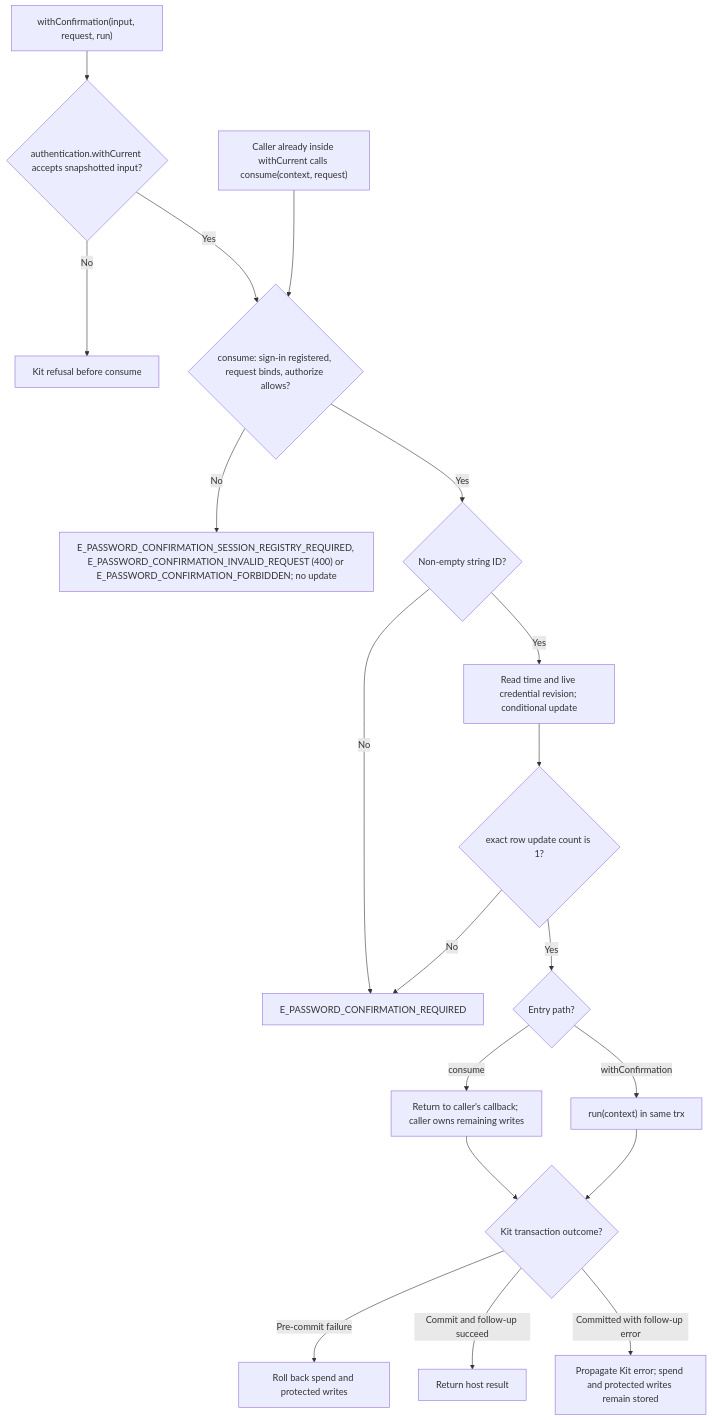
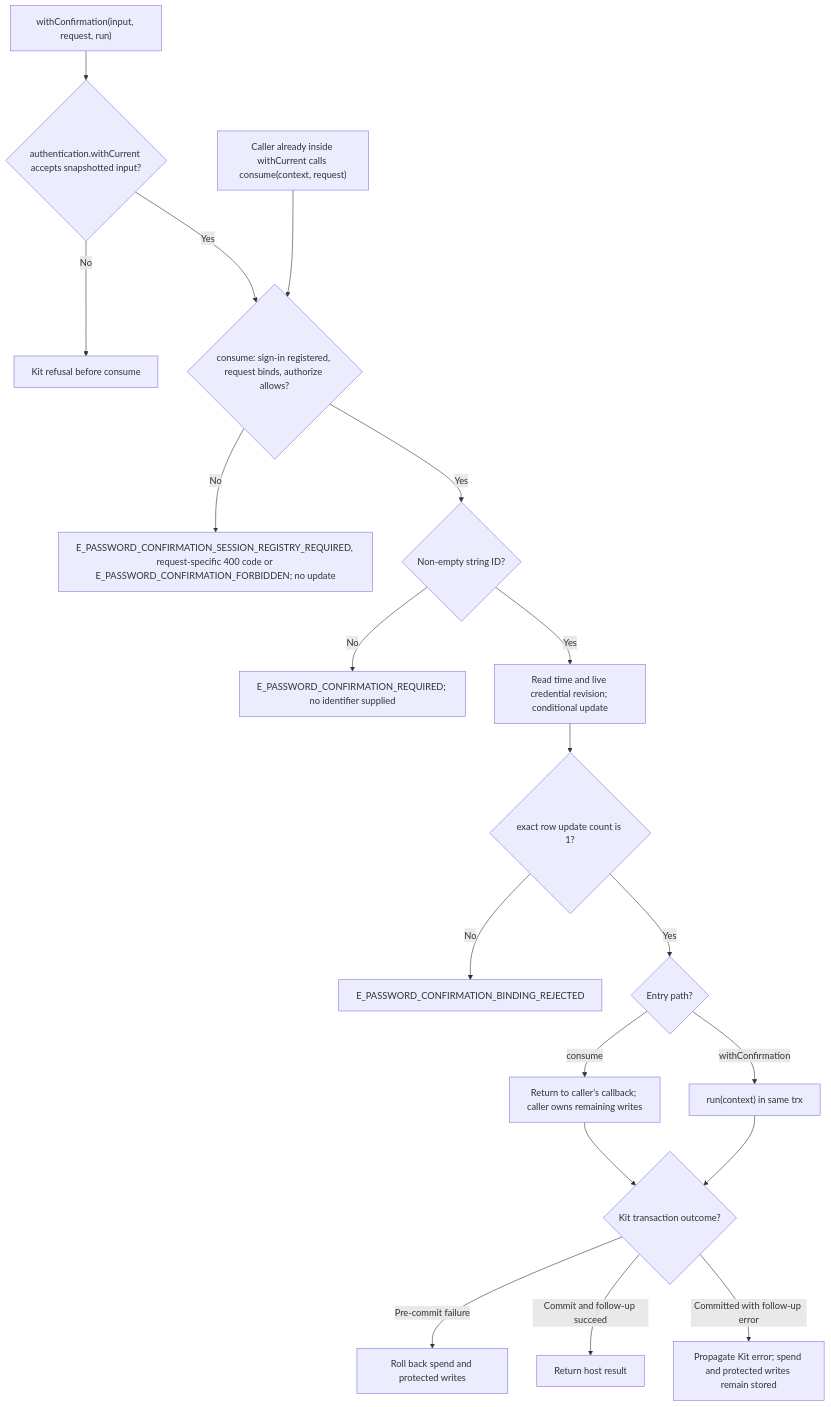
The second of 2 diagrams in user-stories/US-CONFIRM-02-spend-confirmation.md (Kevinjohn/oss-adonisjs-confirm-action-with-password), drawn with Mermaid before and after one commit. The commit also changed 13 other files, not shown here.

````diff
--- a/user-stories/US-CONFIRM-02-spend-confirmation.md
+++ b/user-stories/US-CONFIRM-02-spend-confirmation.md
@@ -41,21 +41,21 @@
 ```mermaid
 flowchart TD
     A["withConfirmation(input, request, run)"] --> B{"authentication.withCurrent accepts snapshotted input?"}
     B -->|No| X["Kit refusal before consume"]
     B -->|Yes| C{"consume: sign-in registered, request binds, authorize allows?"}
     A2["Caller already inside withCurrent calls consume(context, request)"] --> C
-    C -->|No| C2["E_PASSWORD_CONFIRMATION_SESSION_REGISTRY_REQUIRED, E_PASSWORD_CONFIRMATION_INVALID_REQUEST (400) or E_PASSWORD_CONFIRMATION_FORBIDDEN; no update"]
+    C -->|No| C2["E_PASSWORD_CONFIRMATION_SESSION_REGISTRY_REQUIRED, request-specific 400 code or E_PASSWORD_CONFIRMATION_FORBIDDEN; no update"]
     C -->|Yes| C3{"Non-empty string ID?"}
-    C3 -->|No| E
+    C3 -->|No| E2["E_PASSWORD_CONFIRMATION_REQUIRED; no identifier supplied"]
     C3 -->|Yes| U["Read time and live credential revision; conditional update"]
     U --> D{"exact row update count is 1?"}
-    D -->|No| E["E_PASSWORD_CONFIRMATION_REQUIRED"]
+    D -->|No| E["E_PASSWORD_CONFIRMATION_BINDING_REJECTED"]
     D -->|Yes| R{"Entry path?"}
     R -->|withConfirmation| F["run(context) in same trx"]
     R -->|consume| Y["Return to caller's callback; caller owns remaining writes"]
     Y --> G
     F --> G{"Kit transaction outcome?"}
     G -->|Pre-commit failure| I["Roll back spend and protected writes"]
     G -->|Commit and follow-up succeed| J["Return host result"]
     G -->|Committed with follow-up error| K["Propagate Kit error; spend and protected writes remain stored"]
 ```
````
